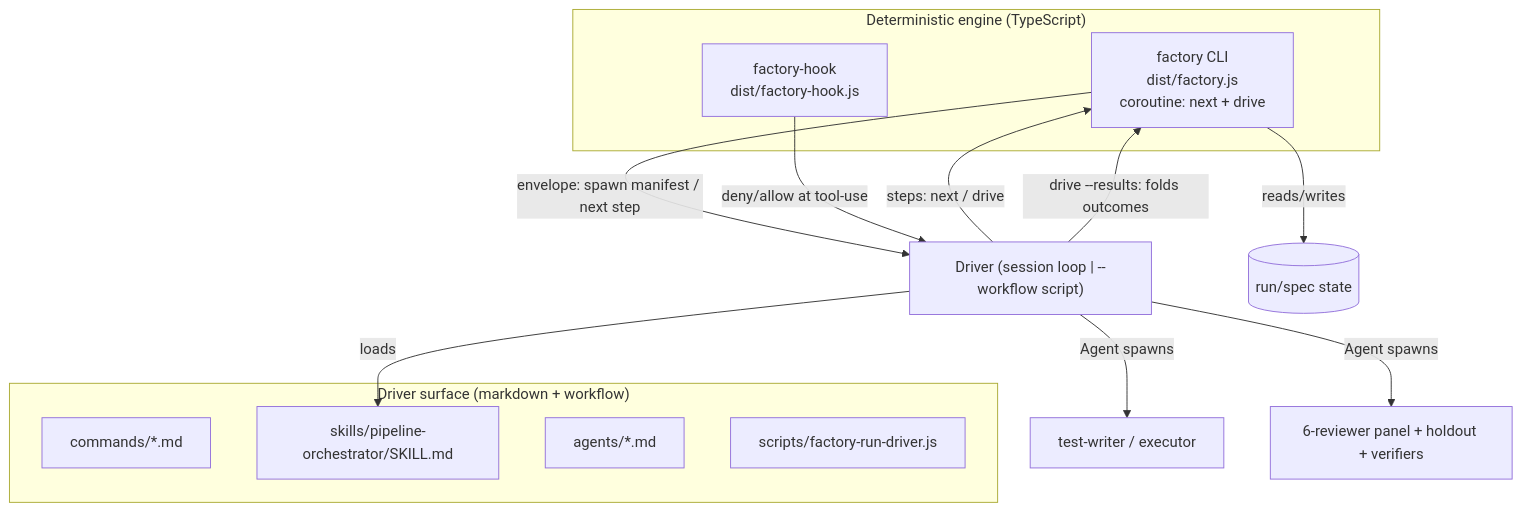
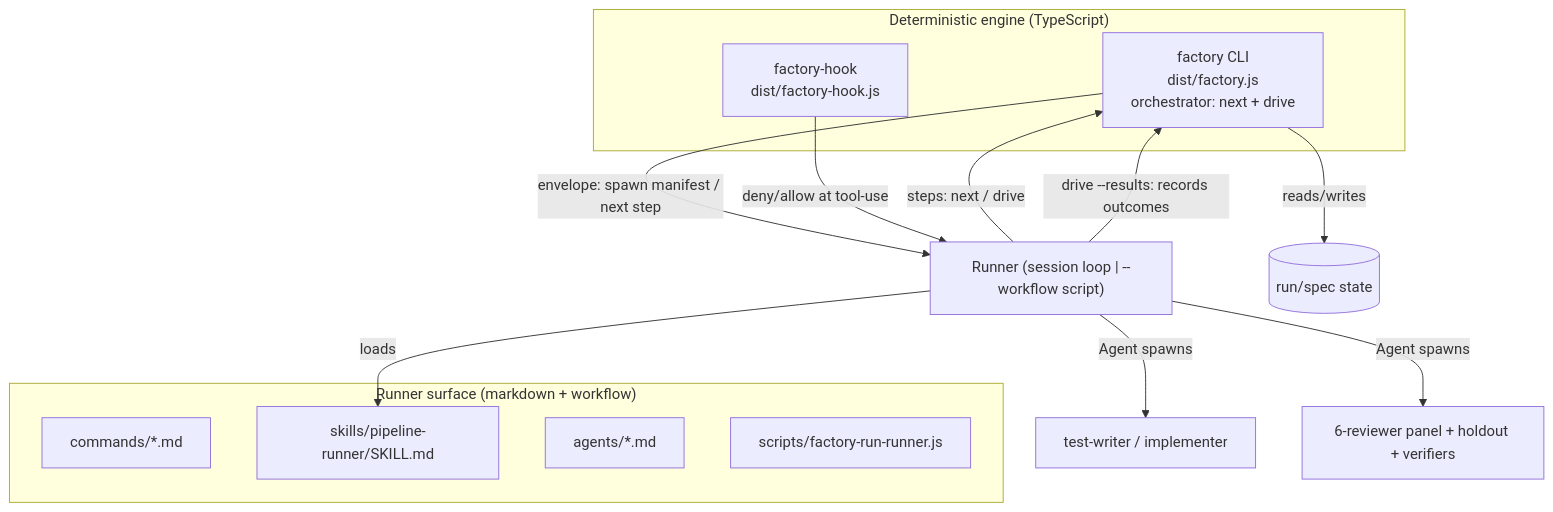
Before and after one commit to jfa94/factory: the second of 3 diagrams in docs/architecture/overview.md, drawn with Mermaid. The commit also changed other lines of this file and 23 other files, not shown here.

````diff
--- a/docs/architecture/overview.md
+++ b/docs/architecture/overview.md
@@ -35,23 +35,23 @@
 ```mermaid
 graph TD
-  subgraph Surface["Driver surface (markdown + workflow)"]
+  subgraph Surface["Runner surface (markdown + workflow)"]
     Cmd[commands/*.md]
-    Skill[skills/pipeline-orchestrator/SKILL.md]
+    Skill[skills/pipeline-runner/SKILL.md]
     Agents[agents/*.md]
-    WF[scripts/factory-run-driver.js]
+    WF[scripts/factory-run-runner.js]
   end
 
   subgraph Engine["Deterministic engine (TypeScript)"]
-    CLI[factory CLI<br/>dist/factory.js<br/>coroutine: next + drive]
+    CLI[factory CLI<br/>dist/factory.js<br/>orchestrator: next + drive]
     Hook[factory-hook<br/>dist/factory-hook.js]
   end
 
-  Driver["Driver (session loop | --workflow script)"] -->|loads| Skill
-  Driver -->|steps: next / drive| CLI
-  CLI -->|envelope: spawn manifest / next step| Driver
-  Driver -->|Agent spawns| Producers[test-writer / executor]
-  Driver -->|Agent spawns| Panel[6-reviewer panel + holdout + verifiers]
-  Driver -->|drive --results: folds outcomes| CLI
+  Runner["Runner (session loop | --workflow script)"] -->|loads| Skill
+  Runner -->|steps: next / drive| CLI
+  CLI -->|envelope: spawn manifest / next step| Runner
+  Runner -->|Agent spawns| Producers[test-writer / implementer]
+  Runner -->|Agent spawns| Panel[6-reviewer panel + holdout + verifiers]
+  Runner -->|drive --results: records outcomes| CLI
   CLI -->|reads/writes| State[(run/spec state)]
-  Hook -->|deny/allow at tool-use| Driver
+  Hook -->|deny/allow at tool-use| Runner
 ```
````
